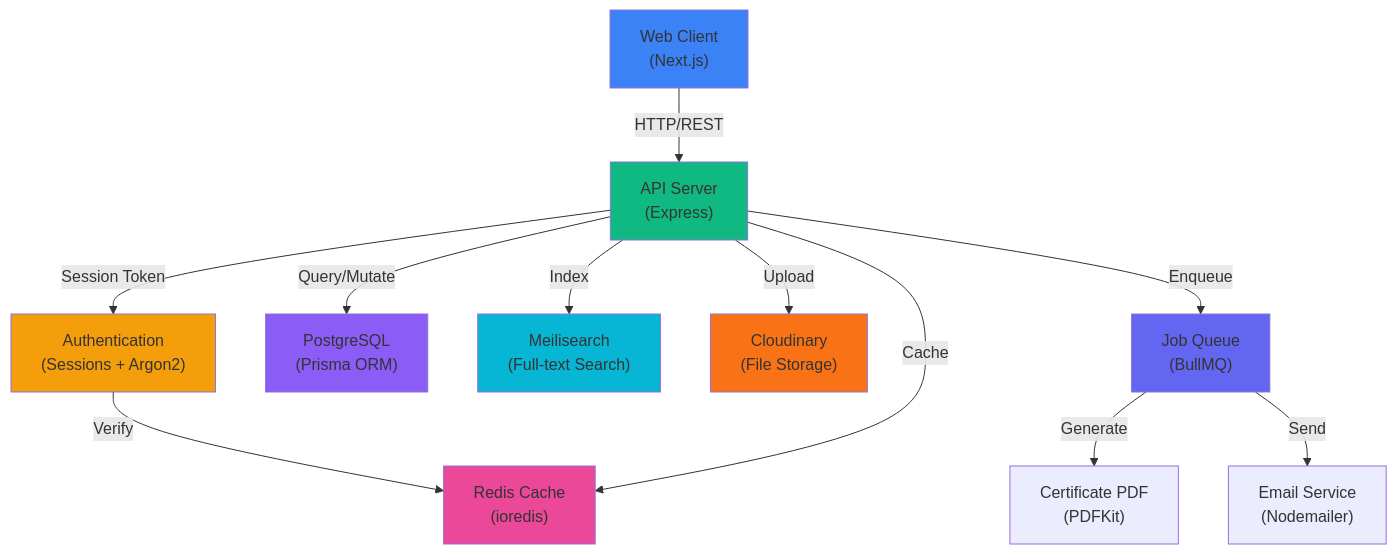
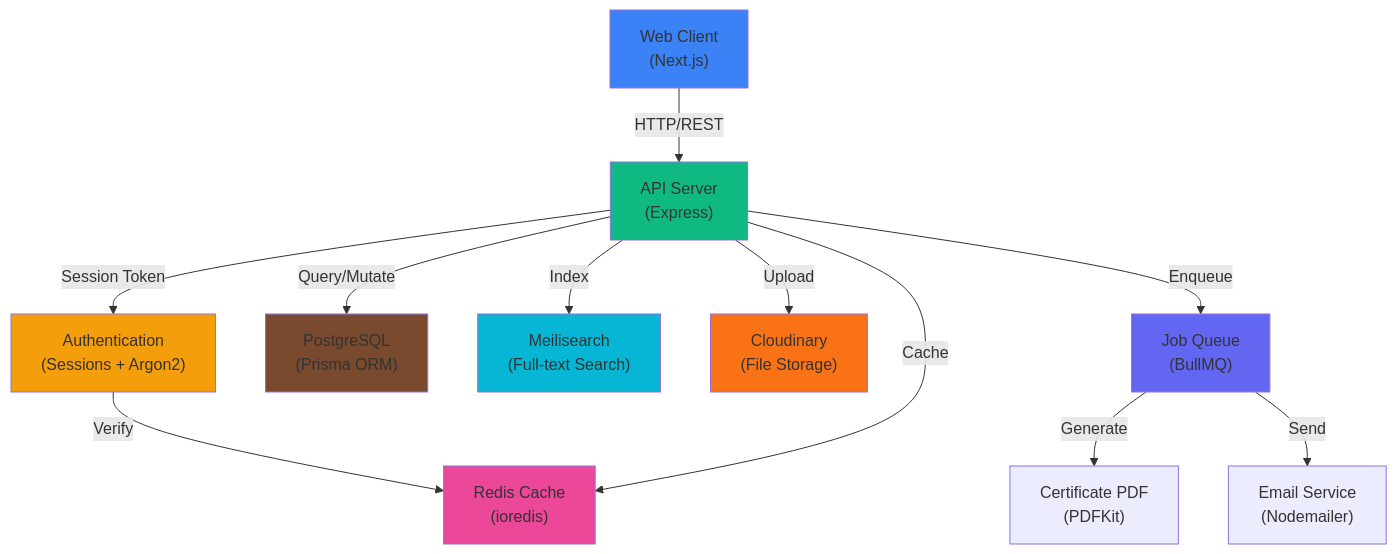
One commit to fatima128258/learn-flow changed the diagram in README.md. Above: the diagram before and after it, drawn with Mermaid. The commit also changed 31 other files, not shown here.

````diff
--- a/README.md
+++ b/README.md
@@ -144,33 +144,33 @@
 ```mermaid
 graph TB
     Client["Web Client<br/>(Next.js)"]
     API["API Server<br/>(Express)"]
     Auth["Authentication<br/>(Sessions + Argon2)"]
     DB["PostgreSQL<br/>(Prisma ORM)"]
     Redis["Redis Cache<br/>(ioredis)"]
     Search["Meilisearch<br/>(Full-text Search)"]
     Storage["Cloudinary<br/>(File Storage)"]
     Queue["Job Queue<br/>(BullMQ)"]
     Email["Email Service<br/>(Nodemailer)"]
     PDF["Certificate PDF<br/>(PDFKit)"]
 
     Client -->|HTTP/REST| API
     API -->|Session Token| Auth
     Auth -->|Verify| Redis
     API -->|Query/Mutate| DB
     API -->|Cache| Redis
     API -->|Index| Search
     API -->|Upload| Storage
     API -->|Enqueue| Queue
     Queue -->|Generate| PDF
     Queue -->|Send| Email
 
     style Client fill:#3b82f6
     style API fill:#10b981
     style Auth fill:#f59e0b
-    style DB fill:#8b5cf6
+    style DB fill:#7A4A2E
     style Redis fill:#ec4899
     style Search fill:#06b6d4
     style Storage fill:#f97316
     style Queue fill:#6366f1
 ```
````
